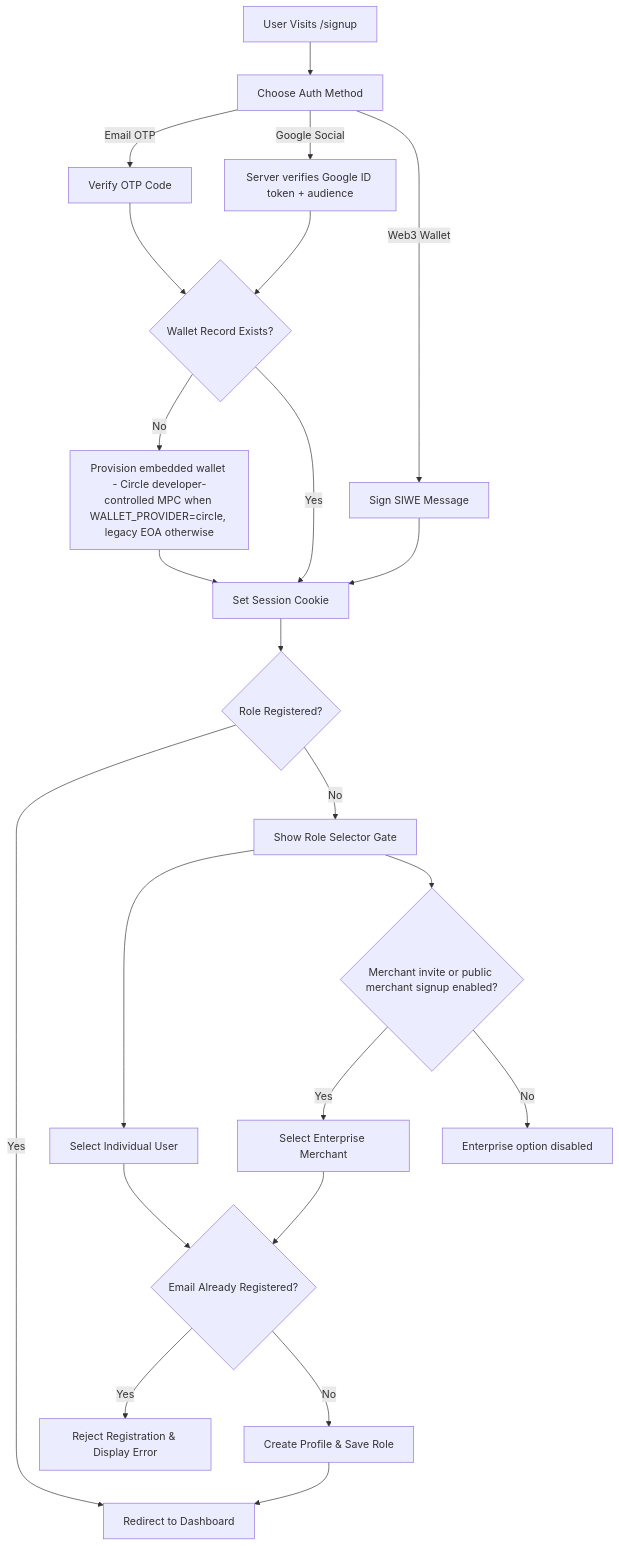
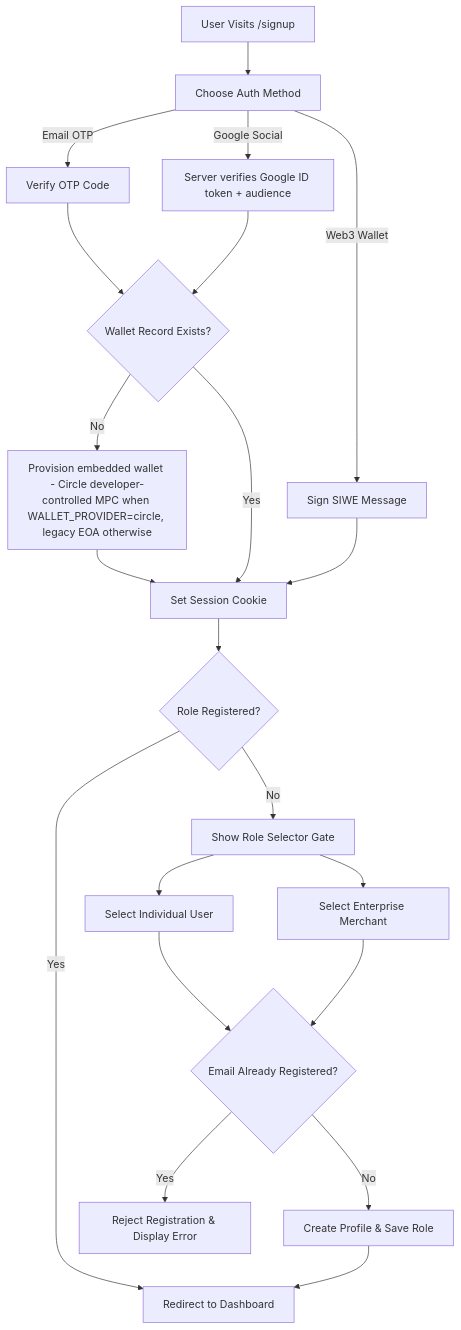
Before and after one commit to KristienOWeb3/SubScript: the diagram in docs/ONBOARDING.md, drawn with Mermaid. The commit also changed other lines of this file and 1 other file, not shown here.

First line of the commit message:
fix: normalize merchant-signup disable flag; update onboarding docs

````diff
--- a/docs/ONBOARDING.md
+++ b/docs/ONBOARDING.md
@@ -45,29 +45,27 @@
 ```mermaid
 graph TD
     Start[User Visits /signup] --> Select[Choose Auth Method]
     Select -->|Email OTP| VerifyOTP[Verify OTP Code]
     Select -->|Google Social| VerifyGoogle[Server verifies Google ID token + audience]
     Select -->|Web3 Wallet| SignSIWE[Sign SIWE Message]
     
     VerifyOTP --> checkWallet{Wallet Record Exists?}
     VerifyGoogle --> checkWallet
     checkWallet -->|No| CreateWallet[Provision embedded wallet - Circle developer-controlled MPC when WALLET_PROVIDER=circle, legacy EOA otherwise]
     checkWallet -->|Yes| SetSession[Set Session Cookie]
     CreateWallet --> SetSession
     SignSIWE --> SetSession
     
     SetSession --> RoleCheck{Role Registered?}
     RoleCheck -->|Yes| RedirectDash[Redirect to Dashboard]
     RoleCheck -->|No| ShowSelector[Show Role Selector Gate]
     
     ShowSelector --> SelectRole[Select Individual User]
-    ShowSelector --> MerchantInvite{Merchant invite or public merchant signup enabled?}
-    MerchantInvite -->|Yes| SelectMerchant[Select Enterprise Merchant]
-    MerchantInvite -->|No| UserOnly[Enterprise option disabled]
+    ShowSelector --> SelectMerchant[Select Enterprise Merchant]
     SelectRole --> CheckEmailConflict{Email Already Registered?}
     SelectMerchant --> CheckEmailConflict
     CheckEmailConflict -->|Yes| ShowError[Reject Registration & Display Error]
     CheckEmailConflict -->|No| RegisterAccount[Create Profile & Save Role]
     
     RegisterAccount --> RedirectDash
 ```
````
